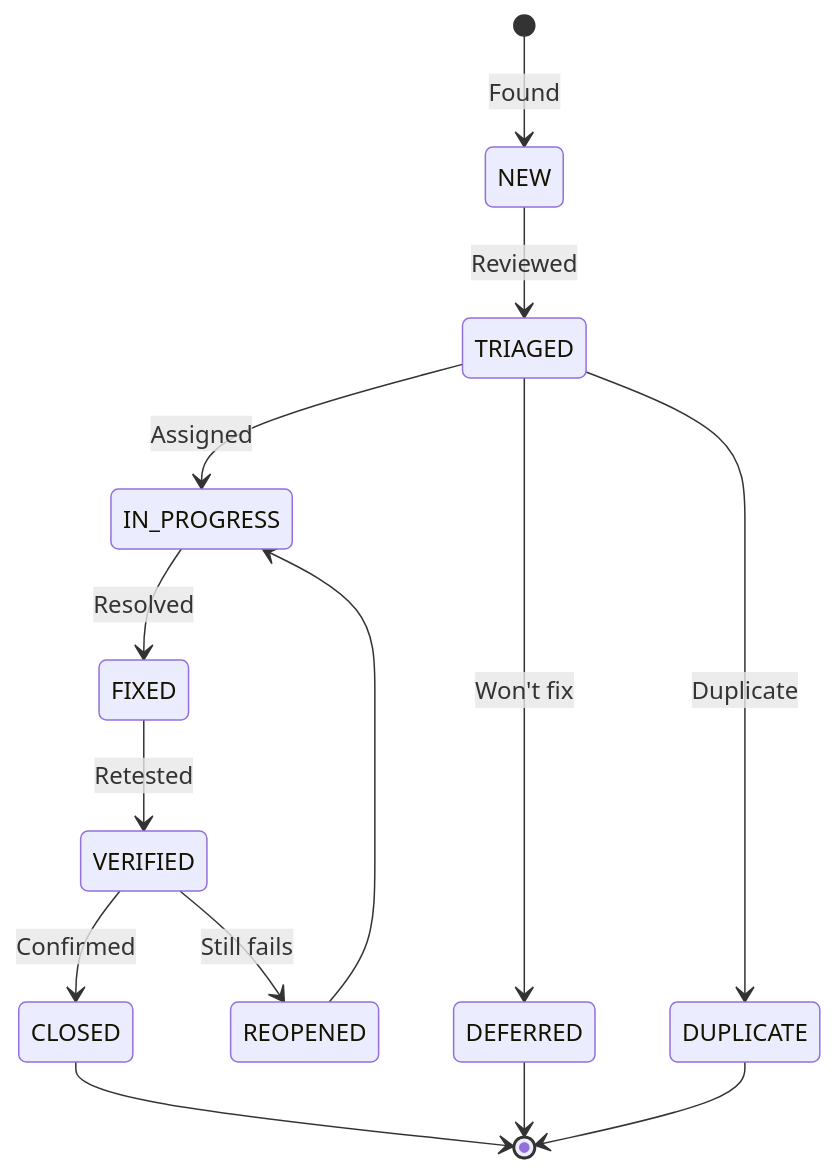
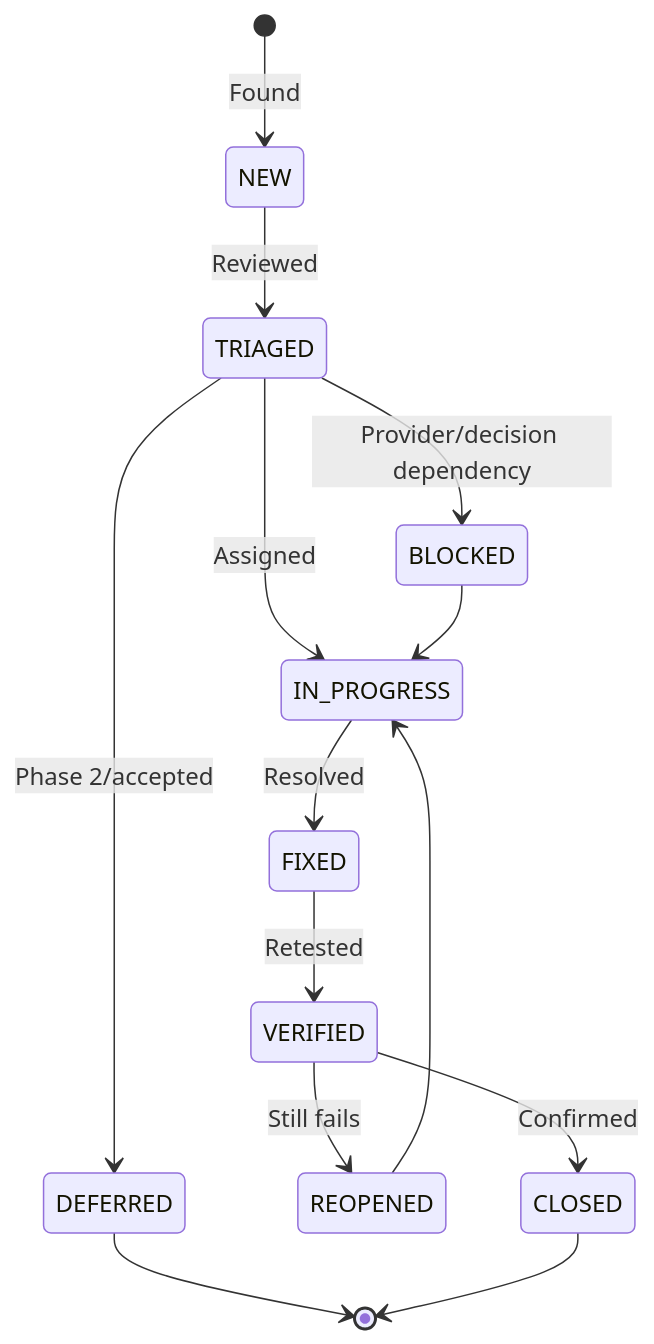
One commit to oat431/document_template changed the diagram in external_spec/deerngo_bot/04_testing/043_defect_report.md. Above: the diagram before and after it, drawn with Mermaid. The commit also changed other lines of this file and 32 other files, not shown here.

````diff
--- a/external_spec/deerngo_bot/04_testing/043_defect_report.md
+++ b/external_spec/deerngo_bot/04_testing/043_defect_report.md
@@ -31,16 +33,16 @@
 ```mermaid
 stateDiagram-v2
     [*] --> NEW: Found
     NEW --> TRIAGED: Reviewed
     TRIAGED --> IN_PROGRESS: Assigned
     IN_PROGRESS --> FIXED: Resolved
     FIXED --> VERIFIED: Retested
     VERIFIED --> CLOSED: Confirmed
     VERIFIED --> REOPENED: Still fails
     REOPENED --> IN_PROGRESS
-    TRIAGED --> DEFERRED: Won't fix
-    TRIAGED --> DUPLICATE: Duplicate
+    TRIAGED --> DEFERRED: Phase 2/accepted
+    TRIAGED --> BLOCKED: Provider/decision dependency
+    BLOCKED --> IN_PROGRESS
     DEFERRED --> [*]
-    DUPLICATE --> [*]
     CLOSED --> [*]
 ```
````
